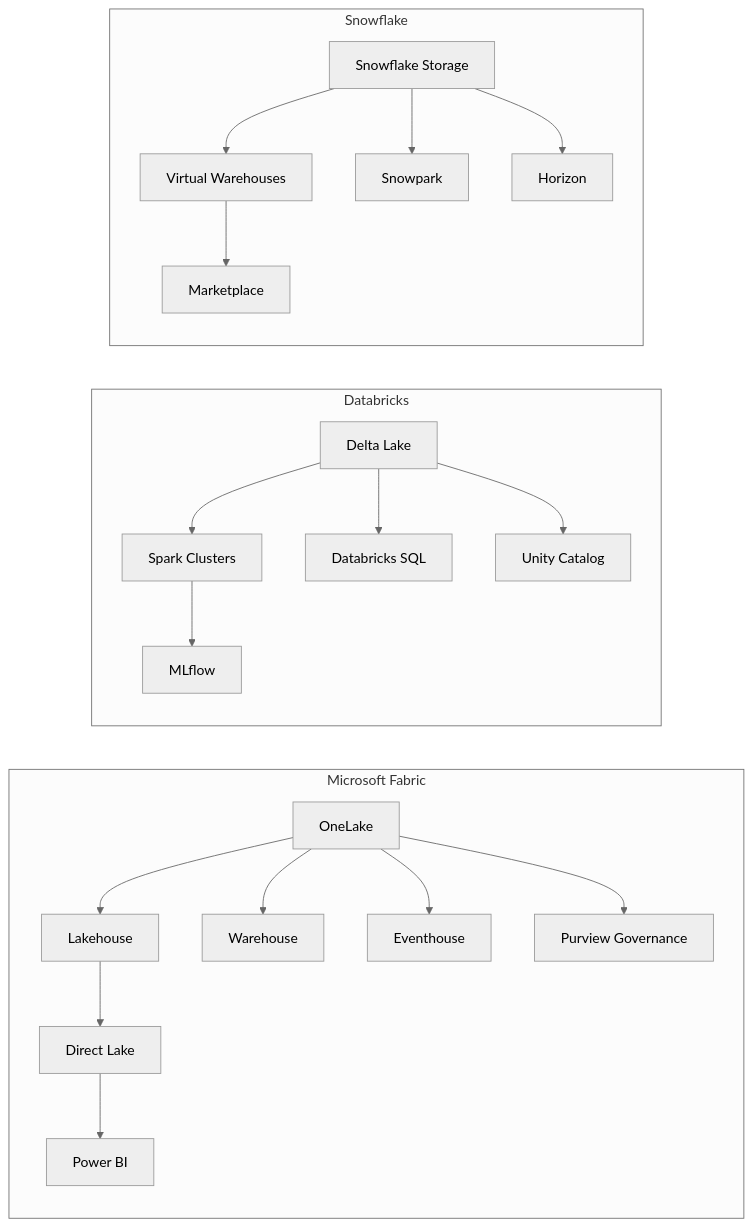
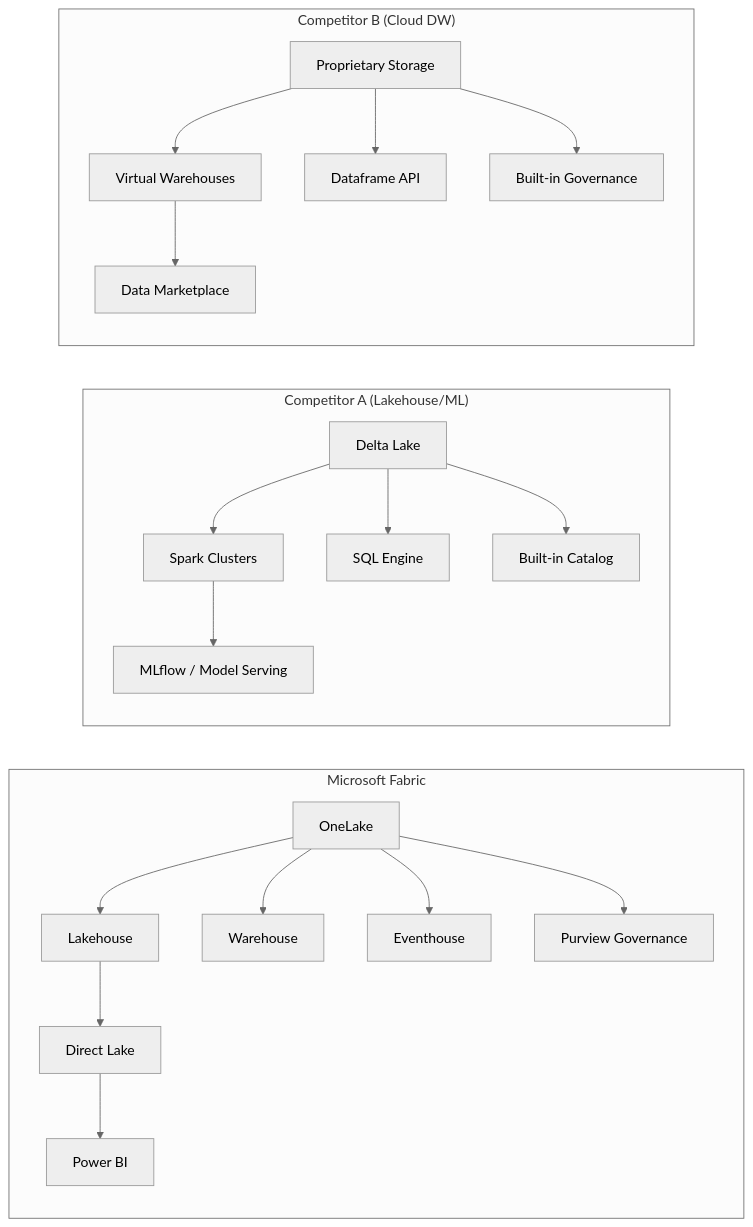
One commit to fgarofalo56/Supercharge_Microsoft_Fabric changed the second of 2 diagrams in docs/research/enterprise-data-platform-comparison.md. Above: the diagram before and after it, drawn with Mermaid (neutral theme). The commit also changed other lines of this file and 109 other files, not shown here.

````diff
--- a/docs/research/enterprise-data-platform-comparison.md
+++ b/docs/research/enterprise-data-platform-comparison.md
@@ -210,28 +227,28 @@
 ```mermaid
 flowchart LR
     subgraph Fabric["Microsoft Fabric"]
         direction TB
         OL[OneLake] --> LH[Lakehouse]
         OL --> WH[Warehouse]
         OL --> EH[Eventhouse]
         LH --> DL[Direct Lake]
         DL --> PBI[Power BI]
         OL --> PV[Purview Governance]
     end
 
-    subgraph DBX["Databricks"]
+    subgraph DBX["Competitor A (Lakehouse/ML)"]
         direction TB
         DLK[Delta Lake] --> SP[Spark Clusters]
-        DLK --> DBSQL[Databricks SQL]
-        SP --> MLF[MLflow]
-        DLK --> UC[Unity Catalog]
+        DLK --> DBSQL[SQL Engine]
+        SP --> MLF[MLflow / Model Serving]
+        DLK --> UC[Built-in Catalog]
     end
 
-    subgraph SF["Snowflake"]
+    subgraph SF["Competitor B (Cloud DW)"]
         direction TB
-        SS[Snowflake Storage] --> VW[Virtual Warehouses]
-        SS --> SPK[Snowpark]
-        VW --> MKT[Marketplace]
-        SS --> HZ[Horizon]
+        SS[Proprietary Storage] --> VW[Virtual Warehouses]
+        SS --> SPK[Dataframe API]
+        VW --> MKT[Data Marketplace]
+        SS --> HZ[Built-in Governance]
     end
 ```
````
